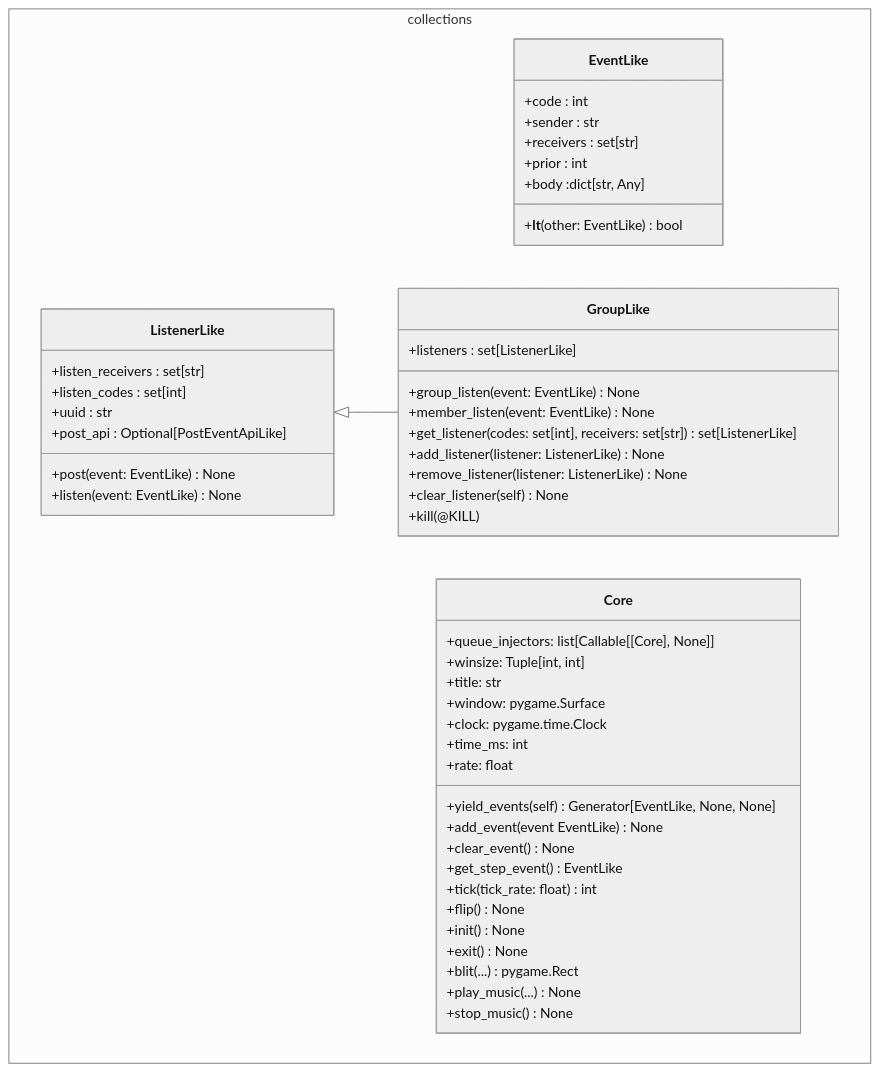
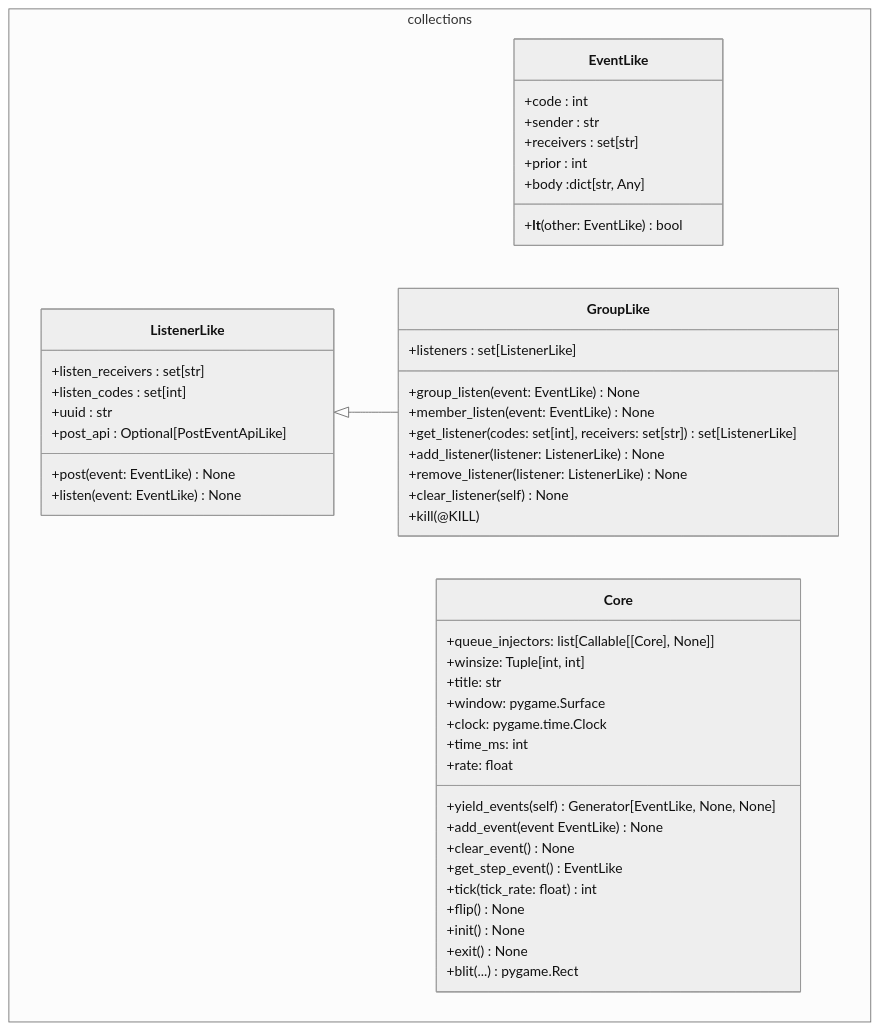
The third of 4 diagrams in baseline/README.md (teafrogsf/SI100B_DIE_Fall_2024_Repo), drawn with Mermaid (neutral theme) before and after one commit. The commit also changed other lines of this file and 14 other files, not shown here.

````diff
--- a/baseline/README.md
+++ b/baseline/README.md
@@ -153,56 +171,54 @@
 ```mermaid
 classDiagram
 direction TB
 namespace collections {
     class EventLike {
         +code : int
         +sender : str
         +receivers : set[str]
         +prior : int
         +body :dict[str, Any]
         +__lt__(other: EventLike) bool
     }
 
     class ListenerLike {
         +listen_receivers : set[str]
         +listen_codes : set[int]
         +uuid : str
         +post_api : Optional[PostEventApiLike]
         +post(event: EventLike) None
         +listen(event: EventLike) None
     }
     
     class GroupLike {
         +listeners : set[ListenerLike]
         +group_listen(event: EventLike) None
         +member_listen(event: EventLike) None
         +get_listener(codes: set[int], receivers: set[str]) set[ListenerLike]
         +add_listener(listener: ListenerLike) None
         +remove_listener(listener: ListenerLike) None
         +clear_listener(self) None
         +kill(@KILL)
     }
     
     class Core {
     	+queue_injectors: list[Callable[[Core], None]]
         +winsize: Tuple[int, int]
         +title: str
         +window: pygame.Surface
         +clock: pygame.time.Clock
         +time_ms: int
         +rate: float
         +yield_events(self) Generator[EventLike, None, None]
         +add_event(event EventLike) None
         +clear_event() None
         +get_step_event() EventLike
         +tick(tick_rate: float) int
         +flip() None
         +init() None
         +exit() None
         +blit(...) pygame.Rect
-        +play_music(...) None
-        +stop_music() None
     }
 }
 ListenerLike <|-- GroupLike
 ```
````
